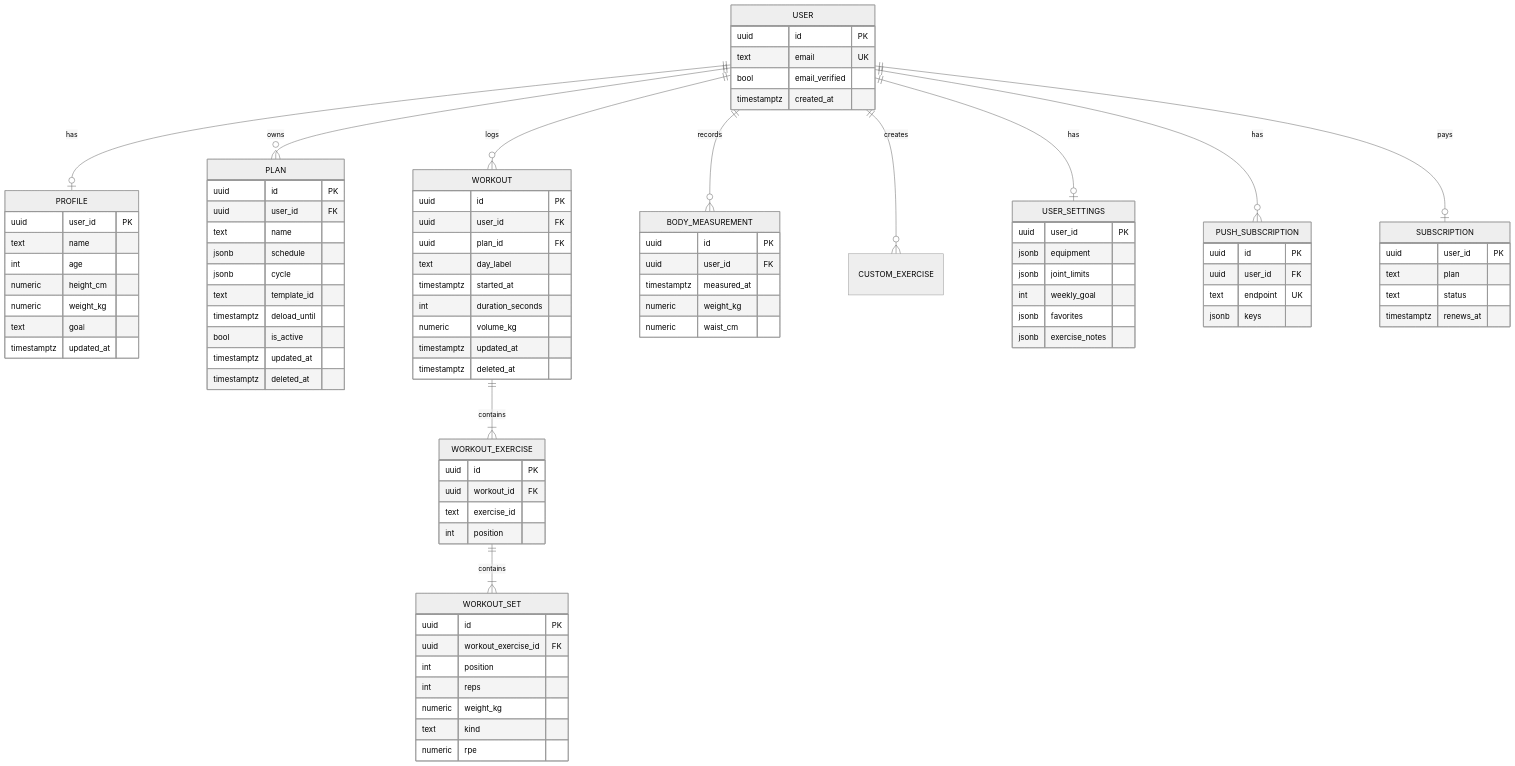
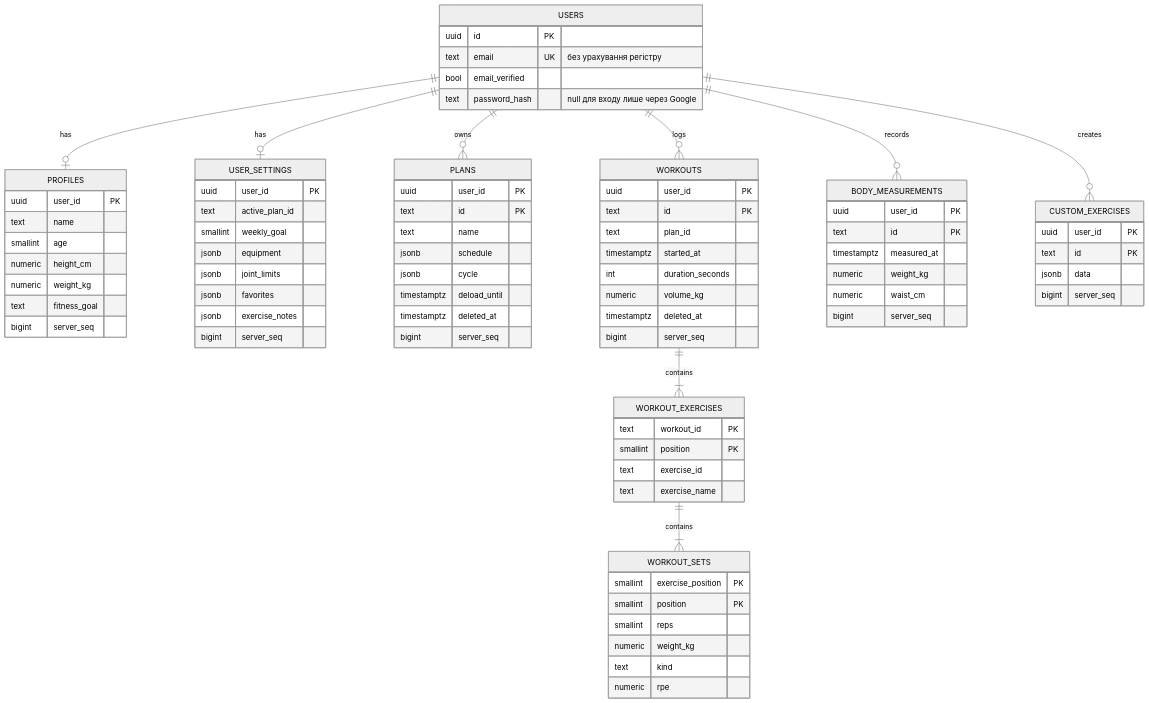
The fourth of 8 diagrams in docs/backend.md (tsukanovSerhii/FitPulse), drawn with Mermaid (neutral theme) before and after one commit. The commit also changed other lines of this file and 4 other files, not shown here.

````diff
--- a/docs/backend.md
+++ b/docs/backend.md
@@ -61,94 +100,85 @@
 ```mermaid
 erDiagram
-  USER ||--o| PROFILE : has
-  USER ||--o{ PLAN : owns
-  USER ||--o{ WORKOUT : logs
-  WORKOUT ||--|{ WORKOUT_EXERCISE : contains
-  WORKOUT_EXERCISE ||--|{ WORKOUT_SET : contains
-  USER ||--o{ BODY_MEASUREMENT : records
-  USER ||--o{ CUSTOM_EXERCISE : creates
-  USER ||--o| USER_SETTINGS : has
-  USER ||--o{ PUSH_SUBSCRIPTION : has
-  USER ||--o| SUBSCRIPTION : pays
+  USERS ||--o| PROFILES : has
+  USERS ||--o| USER_SETTINGS : has
+  USERS ||--o{ PLANS : owns
+  USERS ||--o{ WORKOUTS : logs
+  WORKOUTS ||--|{ WORKOUT_EXERCISES : contains
+  WORKOUT_EXERCISES ||--|{ WORKOUT_SETS : contains
+  USERS ||--o{ BODY_MEASUREMENTS : records
+  USERS ||--o{ CUSTOM_EXERCISES : creates
 
-  USER {
+  USERS {
     uuid id PK
-    text email UK
+    text email UK "без урахування регістру"
     bool email_verified
-    timestamptz created_at
+    text password_hash "null для входу лише через Google"
   }
-  PROFILE {
+  PROFILES {
     uuid user_id PK
     text name
-    int age
+    smallint age
     numeric height_cm
     numeric weight_kg
-    text goal
-    timestamptz updated_at
+    text fitness_goal
+    bigint server_seq
   }
-  PLAN {
-    uuid id PK
-    uuid user_id FK
+  USER_SETTINGS {
+    uuid user_id PK
+    text active_plan_id
+    smallint weekly_goal
+    jsonb equipment
+    jsonb joint_limits
+    jsonb favorites
+    jsonb exercise_notes
+    bigint server_seq
+  }
+  PLANS {
+    uuid user_id PK
+    text id PK
     text name
     jsonb schedule
     jsonb cycle
-    text template_id
     timestamptz deload_until
-    bool is_active
-    timestamptz updated_at
     timestamptz deleted_at
+    bigint server_seq
   }
-  WORKOUT {
-    uuid id PK
-    uuid user_id FK
-    uuid plan_id FK
-    text day_label
+  WORKOUTS {
+    uuid user_id PK
+    text id PK
+    text plan_id
     timestamptz started_at
     int duration_seconds
     numeric volume_kg
-    timestamptz updated_at
     timestamptz deleted_at
+    bigint server_seq
   }
-  WORKOUT_EXERCISE {
-    uuid id PK
-    uuid workout_id FK
+  WORKOUT_EXERCISES {
+    text workout_id PK
+    smallint position PK
     text exercise_id
-    int position
+    text exercise_name
   }
-  WORKOUT_SET {
-    uuid id PK
-    uuid workout_exercise_id FK
-    int position
-    int reps
+  WORKOUT_SETS {
+    smallint exercise_position PK
+    smallint position PK
+    smallint reps
     numeric weight_kg
     text kind
     numeric rpe
   }
-  BODY_MEASUREMENT {
-    uuid id PK
-    uuid user_id FK
+  BODY_MEASUREMENTS {
+    uuid user_id PK
+    text id PK
     timestamptz measured_at
     numeric weight_kg
     numeric waist_cm
+    bigint server_seq
   }
-  USER_SETTINGS {
+  CUSTOM_EXERCISES {
     uuid user_id PK
-    jsonb equipment
-    jsonb joint_limits
-    int weekly_goal
-    jsonb favorites
-    jsonb exercise_notes
-  }
-  PUSH_SUBSCRIPTION {
-    uuid id PK
-    uuid user_id FK
-    text endpoint UK
-    jsonb keys
-  }
-  SUBSCRIPTION {
-    uuid user_id PK
-    text plan
-    text status
-    timestamptz renews_at
+    text id PK
+    jsonb data
+    bigint server_seq
   }
 ```
````
